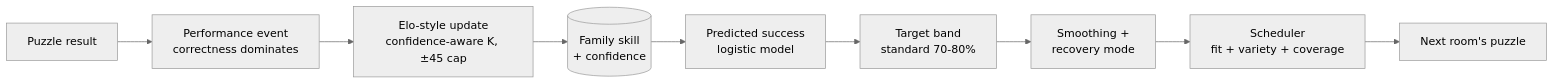
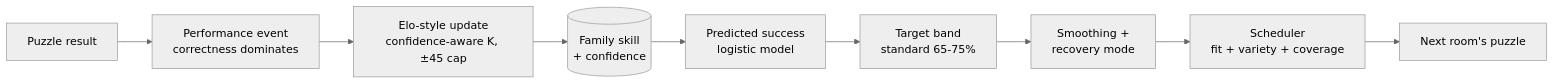
Before and after one commit to M-Mashreghi/MindForge: the first of 2 diagrams in README.md, drawn with Mermaid (neutral theme). The commit also changed other lines of this file, not shown here.

````diff
--- a/README.md
+++ b/README.md
@@ -142,11 +142,11 @@
 ```mermaid
 flowchart LR
     R[Puzzle result] --> N[Performance event<br/>correctness dominates]
     N --> E[Elo-style update<br/>confidence-aware K, ±45 cap]
     E --> S[(Family skill<br/>+ confidence)]
     S --> P[Predicted success<br/>logistic model]
-    P --> B[Target band<br/>standard 70-80%]
+    P --> B[Target band<br/>standard 65-75%]
     B --> SM[Smoothing +<br/>recovery mode]
     SM --> SC[Scheduler<br/>fit + variety + coverage]
     SC --> NX[Next room's puzzle]
 ```
````
